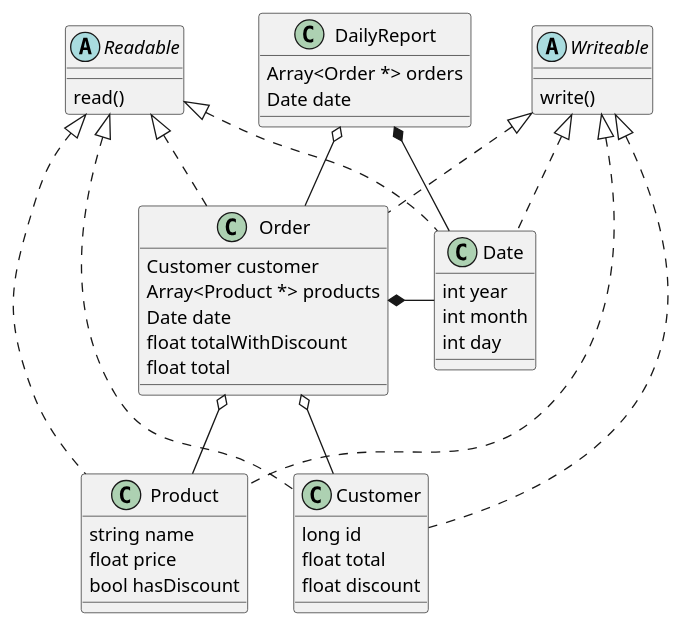
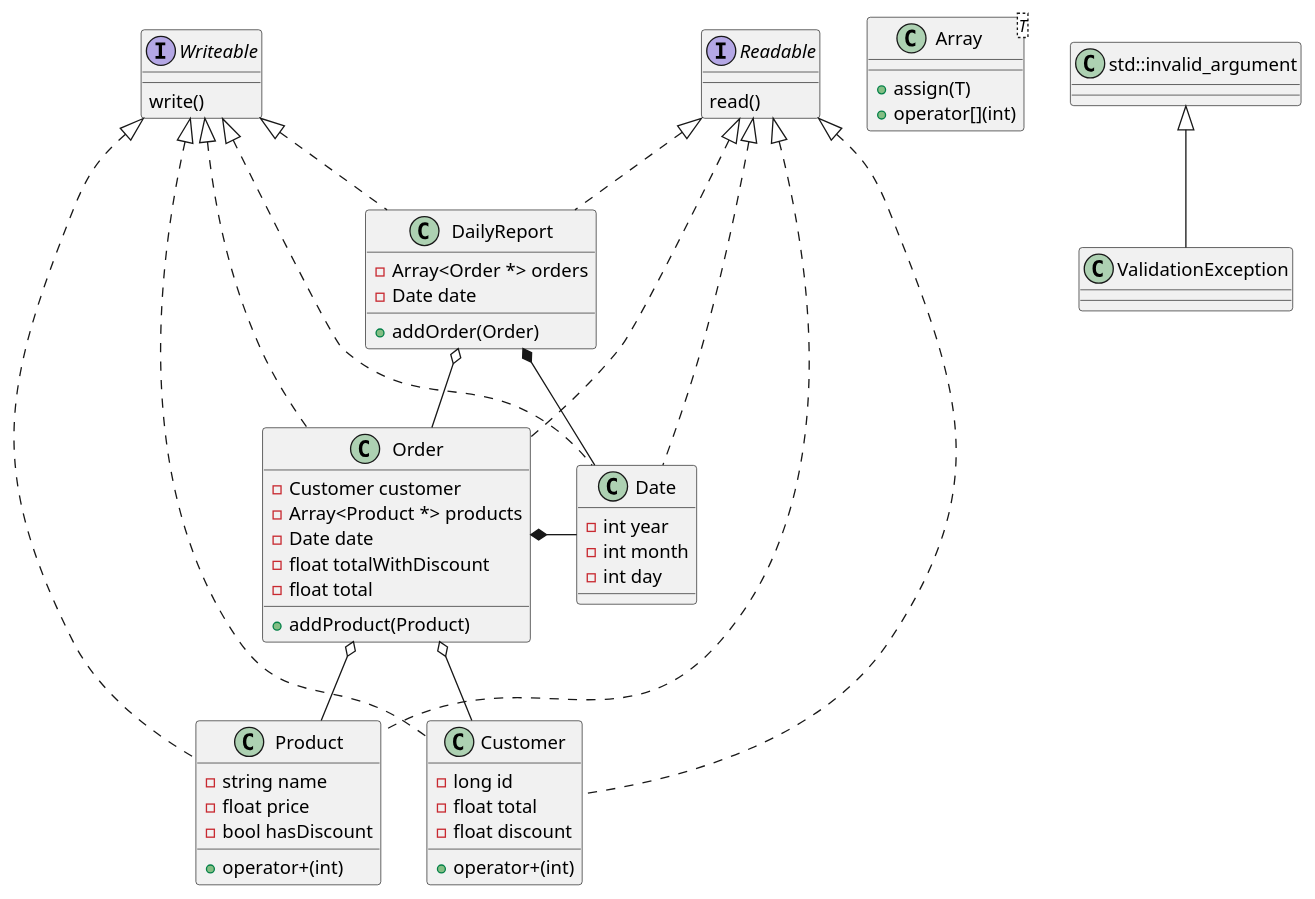
The diagram in diagram.puml (CyanoFresh/oop-coursework-s3), drawn with PlantUML before and after one commit. The commit also changed 10 other files, not shown here.

```diff
--- a/diagram.puml
+++ b/diagram.puml
@@ -1,57 +1,76 @@
 @startuml
 
-abstract class Readable {
+interface Readable {
     read()
 }
-abstract class Writeable {
+
+interface Writeable {
     write()
 }
 
+class Array<T> {
+    +assign(T)
+    +operator[](int)
+}
+
 class Date {
-    int year
-    int month
-    int day
+    - int year
+    - int month
+    - int day
 }
 
 class Customer {
-    long id
-    float total
-    float discount
+    - long id
+    - float total
+    - float discount
+    + operator+(int)
 }
 
 class Product {
-    string name
-    float price
-    bool hasDiscount
+    - string name
+    - float price
+    - bool hasDiscount
+    + operator+(int)
 }
 
 class Order {
-    Customer customer
-    Array<Product *> products
-    Date date
-    float totalWithDiscount
-    float total
+    - Customer customer
+    - Array<Product *> products
+    - Date date
+    - float totalWithDiscount
+    - float total
+    + addProduct(Product)
 }
 
 class DailyReport {
-    Array<Order *> orders
-    Date date
+    - Array<Order *> orders
+    - Date date
+    + addOrder(Order)
 }
 
 Order *- Date
 Order o-- Product
 Order o-- Customer
 
 DailyReport o-- Order
 DailyReport *-- Date
 
 Writeable <|.. Order
 Writeable <|. Product
 Writeable <|. Customer
 Writeable <|. Date
+Writeable <|.. DailyReport
 Readable <|. Date
 Readable <|. Customer
 Readable <|. Product
 Readable <|.. Order
+Readable <|.. DailyReport
+
+class std::invalid_argument {
+}
+class ValidationException {
+}
+
+std::invalid_argument <|-- ValidationException
 
 @enduml
```
